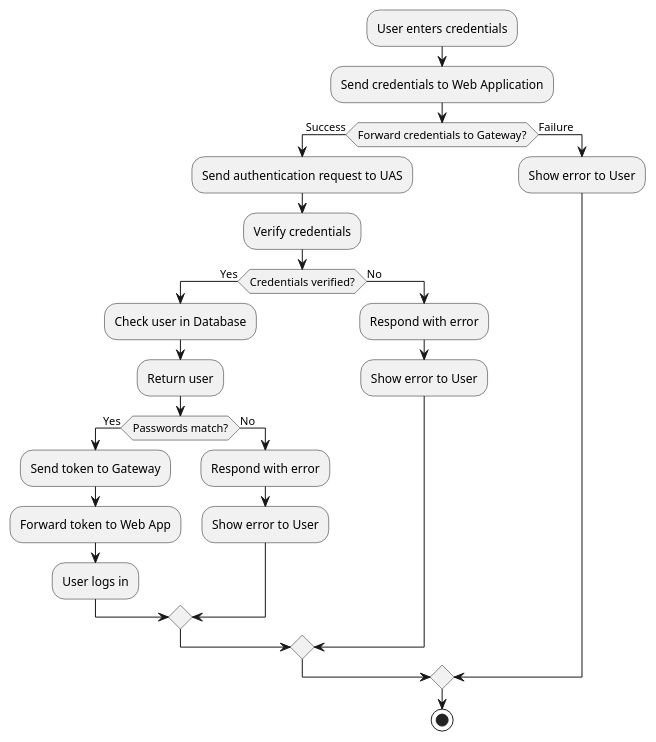
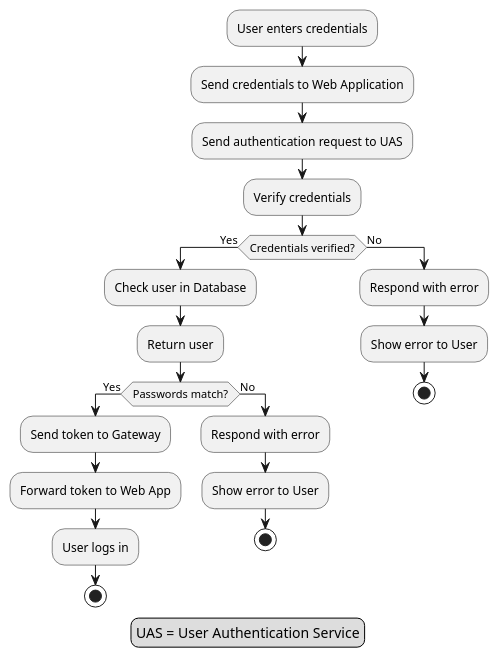
One commit to Arquisoft/wichat_en2b changed the second of 3 diagrams in docs/src/06_runtime_view.adoc. Above: the diagram before and after it, drawn with PlantUML. The commit also changed other lines of this file, not shown here.

```diff
--- a/docs/src/06_runtime_view.adoc
+++ b/docs/src/06_runtime_view.adoc
@@ -62,31 +65,31 @@
 [plantuml,"Login diagram",png]
 ----
 :User enters credentials;
 :Send credentials to Web Application;
+:Send authentication request to UAS;
+:Verify credentials;
 
-if (Forward credentials to Gateway?) then (Success)
-    :Send authentication request to UAS;
-    :Verify credentials;
+if (Credentials verified?) then (Yes)
+    :Check user in Database;
+    :Return user;
 
-    if (Credentials verified?) then (Yes)
-        :Check user in Database;
-        :Return user;
-
-        if (Passwords match?) then (Yes)
-            :Send token to Gateway;
-            :Forward token to Web App;
-            :User logs in;
-        else (No)
-            :Respond with error;
-            :Show error to User;
-        endif
+    if (Passwords match?) then (Yes)
+        :Send token to Gateway;
+        :Forward token to Web App;
+        :User logs in;
+        stop
     else (No)
         :Respond with error;
         :Show error to User;
+        stop
     endif
-else (Failure)
+else (No)
+    :Respond with error;
     :Show error to User;
+    stop
 endif
 
-stop
+legend
+UAS = User Authentication Service
+end legend
 ----
```
